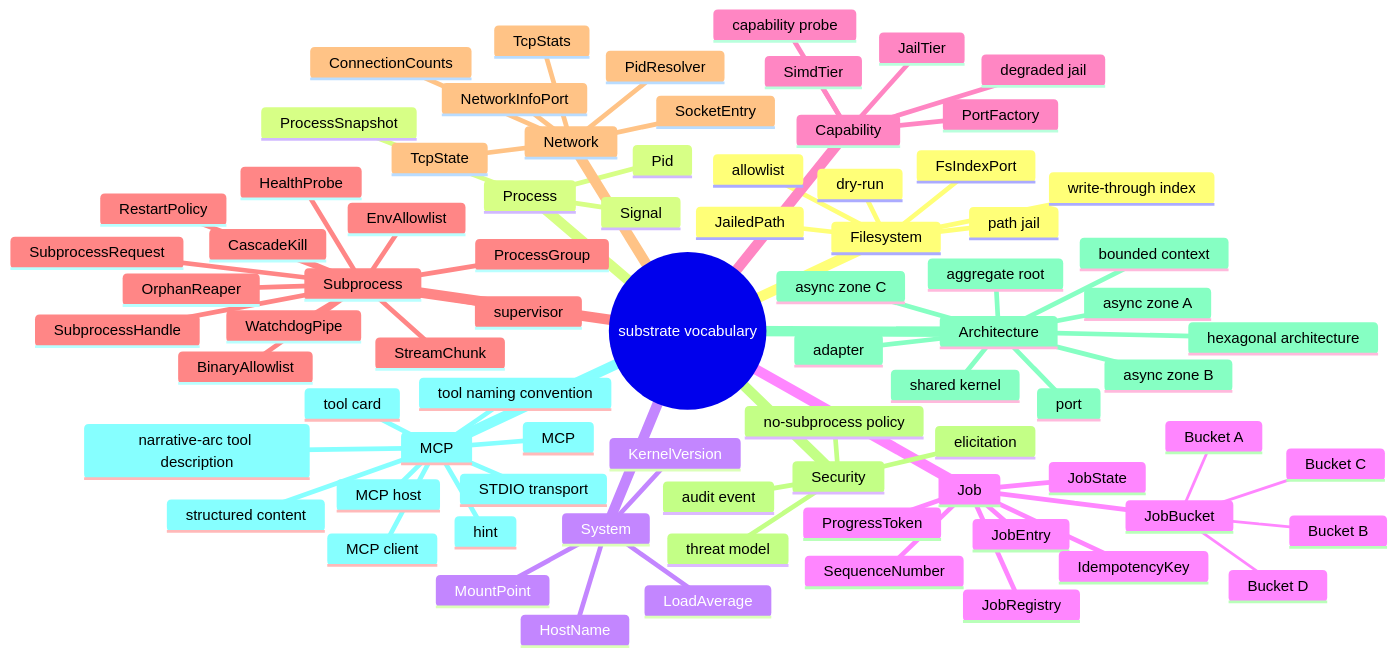
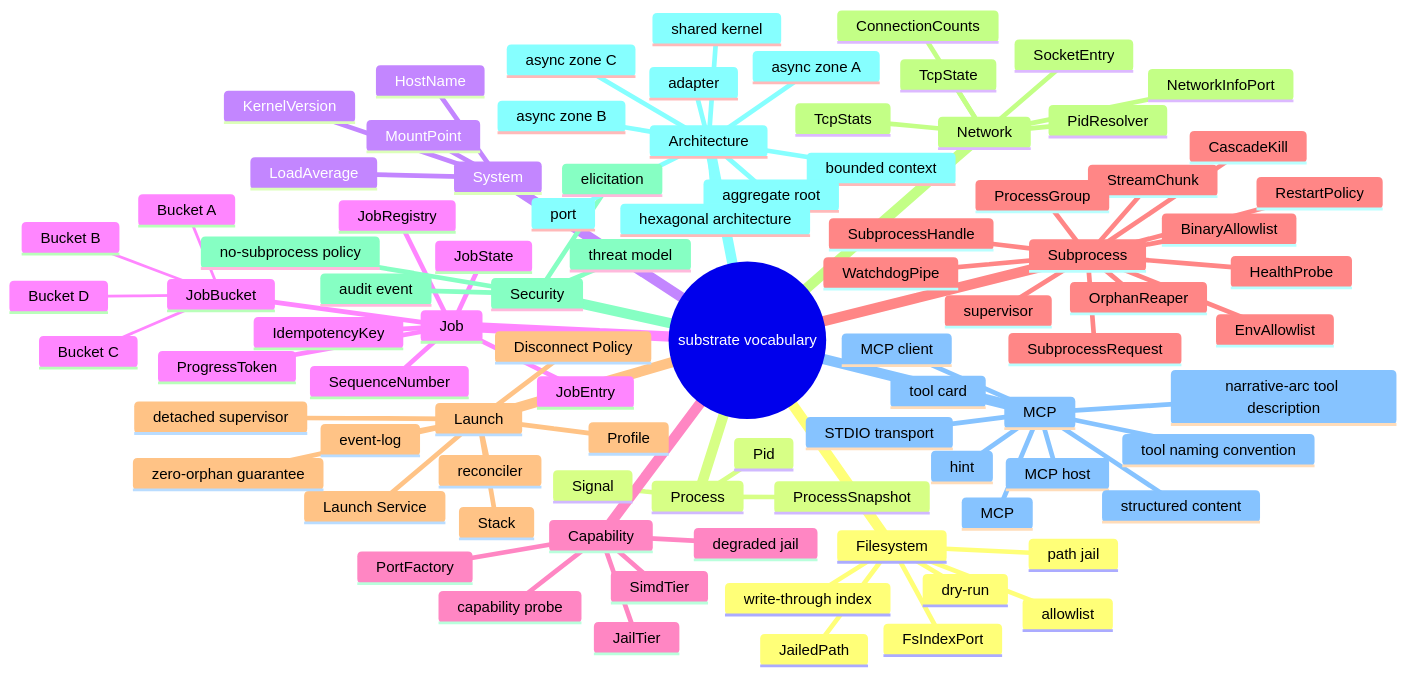
Before and after one commit to farchanjo/substrate: the diagram in docs/arch/glossary.md, drawn with Mermaid. The commit also changed other lines of this file, not shown here.

First line of the commit message:
docs(launch): add launch ubiquitous-language terms to glossary

```diff
--- a/docs/arch/glossary.md
+++ b/docs/arch/glossary.md
@@ -55,6 +55,15 @@
       RestartPolicy
       HealthProbe
       supervisor
+    Launch
+      Profile
+      Launch Service
+      Stack
+      Disconnect Policy
+      detached supervisor
+      reconciler
+      zero-orphan guarantee
+      event-log
     Network
       SocketEntry
       TcpState
```
